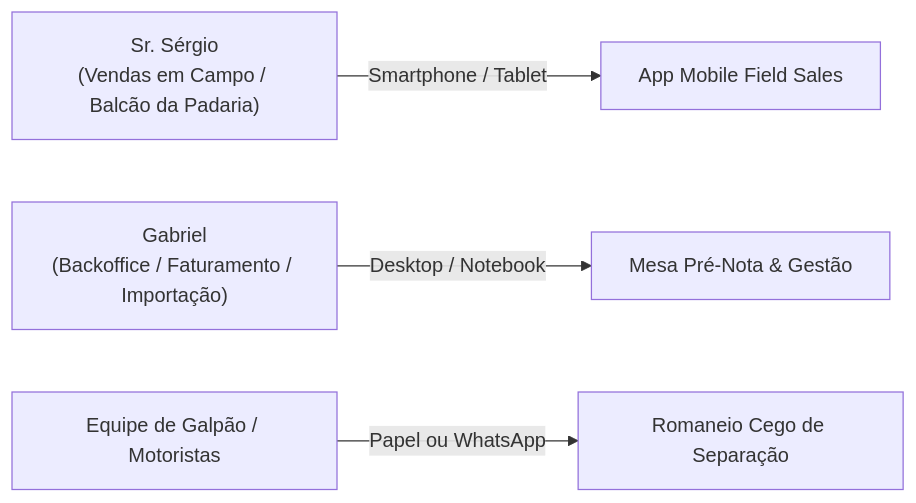
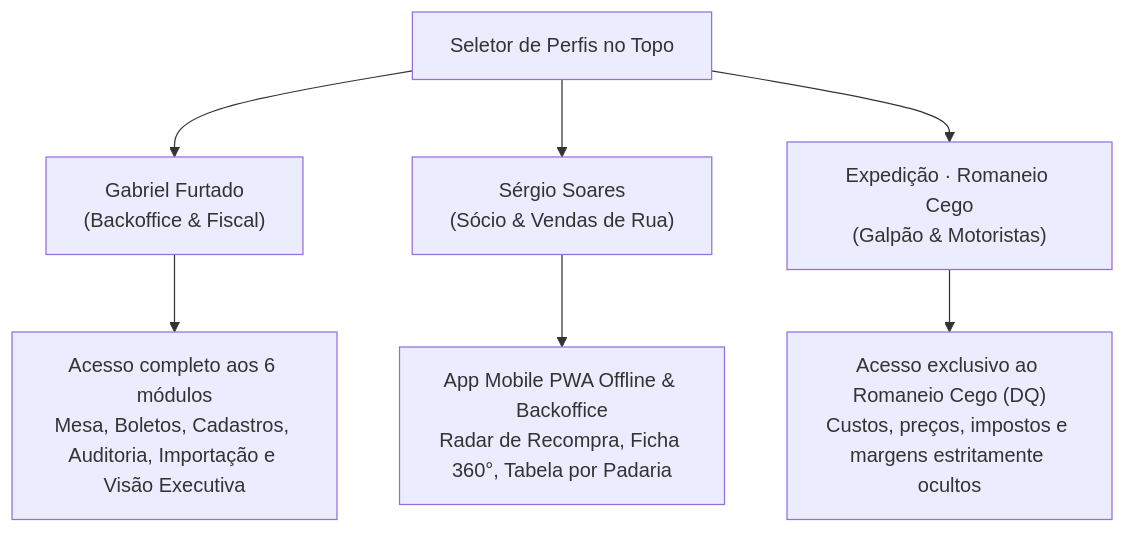
Before and after one commit to GabrielFurtad0/4s: the first of 2 diagrams in docs/MANUAL_OPERACIONAL_ERP.md, drawn with Mermaid. The commit also changed other lines of this file and 18 other files, not shown here.

````diff
--- a/docs/MANUAL_OPERACIONAL_ERP.md
+++ b/docs/MANUAL_OPERACIONAL_ERP.md
@@ -9,6 +11,10 @@
 ```mermaid
-flowchart LR
-    A["Sr. Sérgio<br/>(Vendas em Campo / Balcão da Padaria)"] -->|Smartphone / Tablet| M1["App Mobile Field Sales"]
-    B["Gabriel<br/>(Backoffice / Faturamento / Importação)"] -->|Desktop / Notebook| M2["Mesa Pré-Nota & Gestão"]
-    C["Equipe de Galpão / Motoristas"] -->|Papel ou WhatsApp| M3["Romaneio Cego de Separação"]
+flowchart TD
+    A["Seletor de Perfis no Topo"] --> P1["Gabriel Furtado<br/>(Backoffice & Fiscal)"]
+    A --> P2["Sérgio Soares<br/>(Sócio & Vendas de Rua)"]
+    A --> P3["Expedição · Romaneio Cego<br/>(Galpão & Motoristas)"]
+
+    P1 --> O1["Acesso completo aos 6 módulos<br/>Mesa, Boletos, Cadastros, Auditoria, Importação e Visão Executiva"]
+    P2 --> O2["App Mobile PWA Offline & Backoffice<br/>Radar de Recompra, Ficha 360°, Tabela por Padaria"]
+    P3 --> O3["Acesso exclusivo ao Romaneio Cego (DQ)<br/>Custos, preços, impostos e margens estritamente ocultos"]
 ```
````
